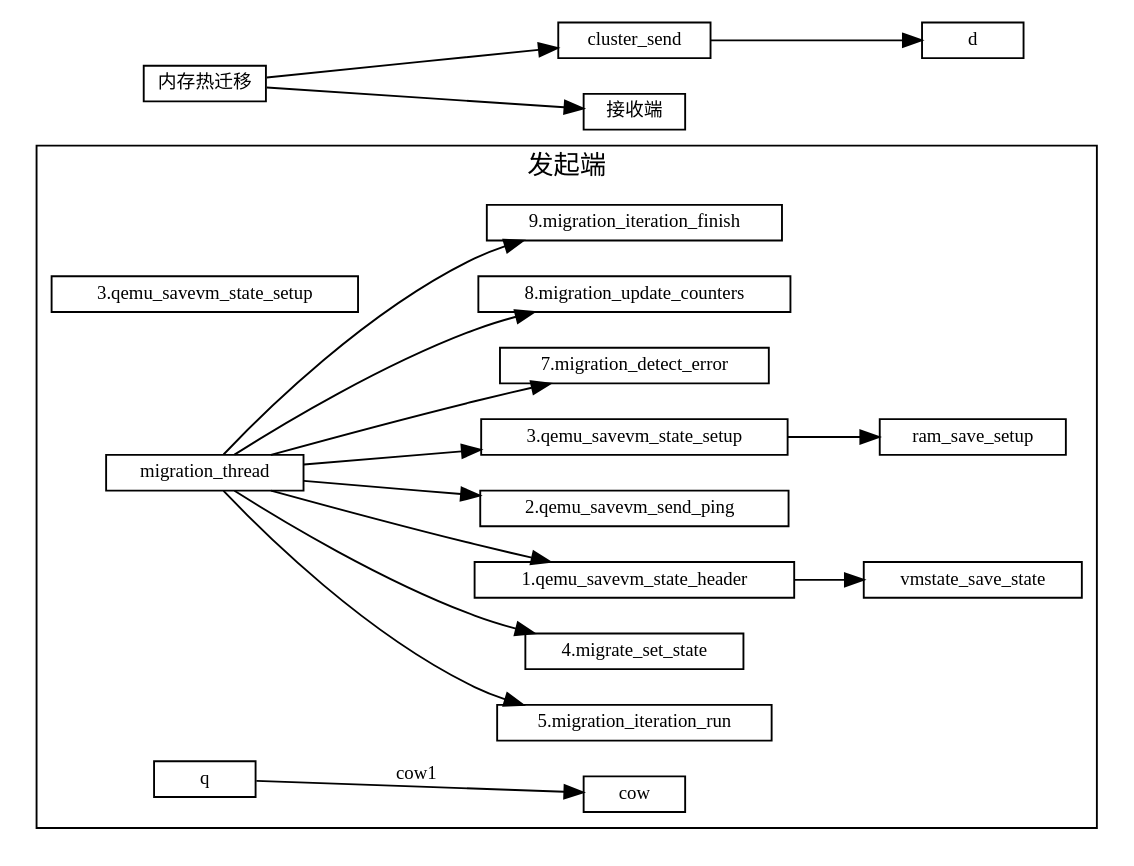
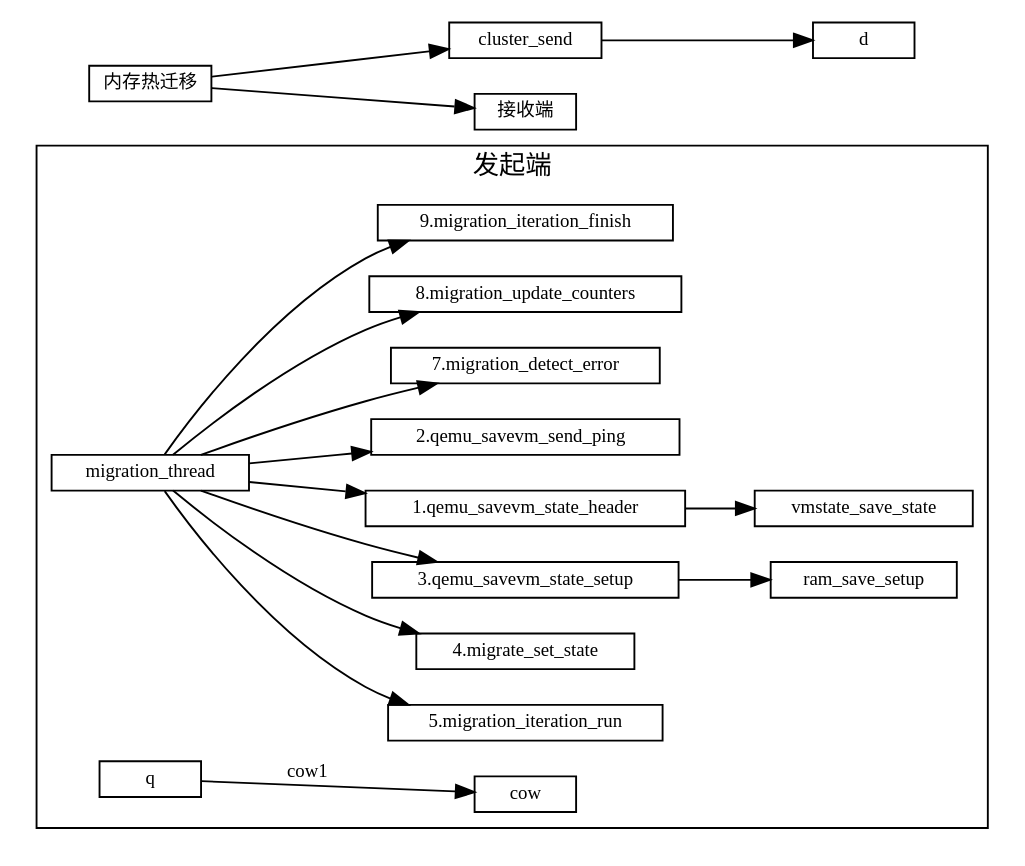
One commit to sisyphus1212/note changed the diagram in 虚拟化/热迁移/1-内存热迁移.md. Above: the diagram before and after it, drawn with Graphviz.

Commit message:
auto_update

````diff
--- a/虚拟化/热迁移/1-内存热迁移.md
+++ b/虚拟化/热迁移/1-内存热迁移.md
@@ -11,37 +11,37 @@
 ```graphviz
 digraph {
 fontname="Helvetica,Arial,sans-serif"
 //node [fontname="Helvetica,Arial,sans-serif"]
 //edge [fontname="Helvetica,Arial,sans-serif"]
 rankdir="LR"
 node [fontsize=10, shape=record, height=0.25]
 edge [fontsize=10]
 
   subgraph send {
     cluster=true;
     label="发起端";
     migration_iteration_run[label="5.migration_iteration_run"];
     migrate_set_state[label="4.migrate_set_state"];
     qemu_savevm_state_setup[label="3.qemu_savevm_state_setup"]
     migration_thread -> "1.qemu_savevm_state_header"
                      -> vmstate_save_state;
     migration_thread -> "2.qemu_savevm_send_ping  ";
-    migration_thread -> "3.qemu_savevm_state_setup"
+    migration_thread -> qemu_savevm_state_setup
                      ->   ram_save_setup;
     migration_thread ->  migrate_set_state;
     migration_thread ->  migration_iteration_run;
 
     migration_thread ->  "7.migration_detect_error";
     migration_thread ->  "8.migration_update_counters";
     migration_thread ->  "9.migration_iteration_finish";
 
     q -> cow[label="cow1"];
   }
 
 内存热迁移 [label="内存热迁移"]
 内存热迁移 -> cluster_send
            -> d
 
 内存热迁移 -> 接收端
 }
 ```
````
